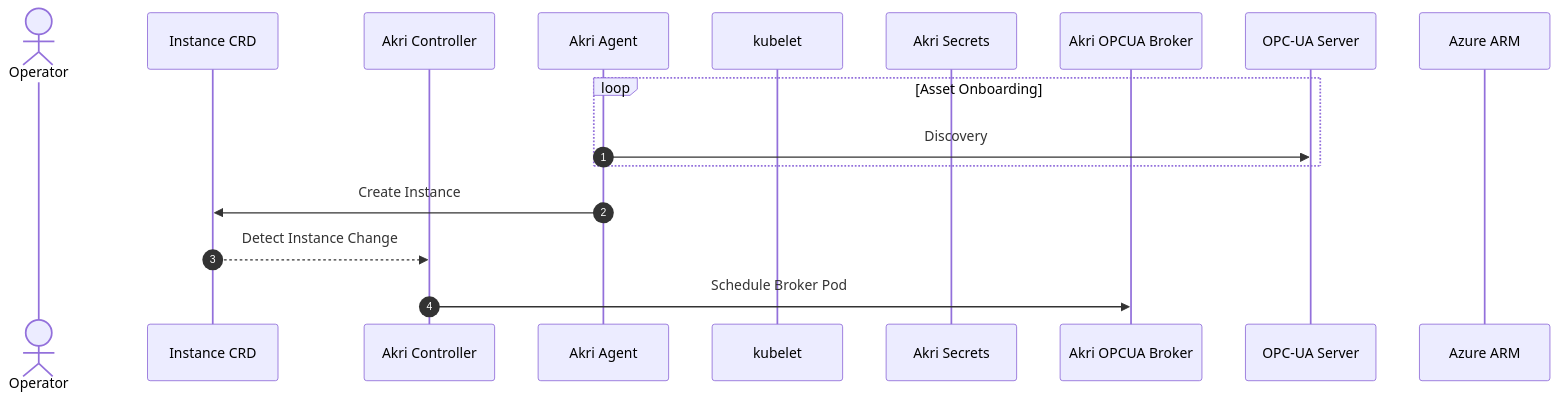
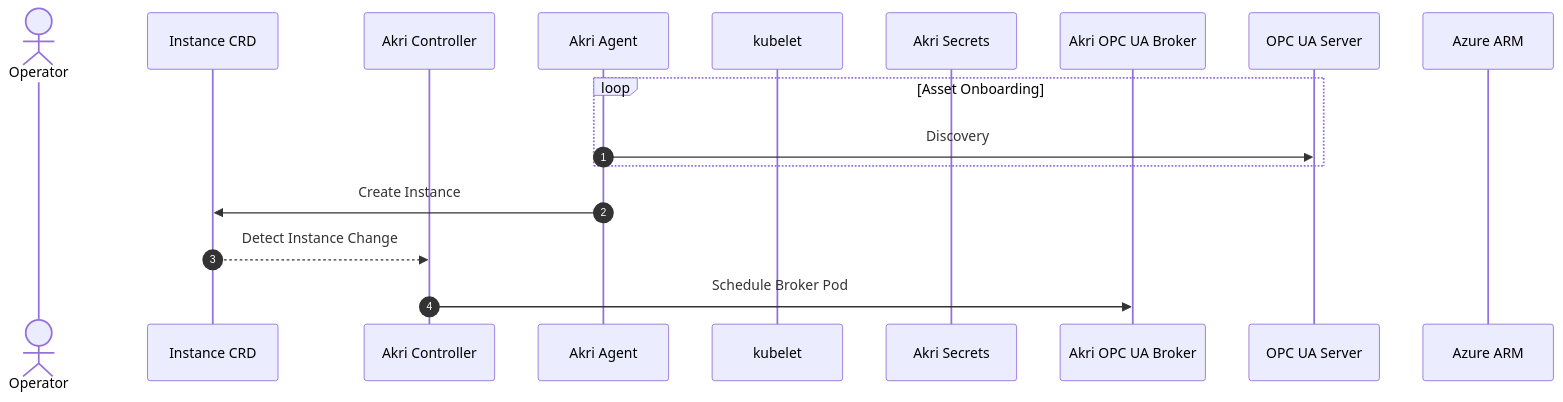
The third of 5 diagrams in samples/akri-opc/readme.md (dfcarpenter/edge-akri-playground), drawn with Mermaid before and after one commit. The commit also changed other lines of this file, not shown here.

````diff
--- a/samples/akri-opc/readme.md
+++ b/samples/akri-opc/readme.md
@@ -63,21 +63,21 @@
 ```mermaid
 sequenceDiagram
     autonumber
     actor Operator
     
     participant Instance CRD
     participant Akri Controller
     participant Akri Agent 
     participant kubelet
     participant Akri Secrets
-    participant Akri OPCUA Broker
-    participant OPC-UA Server
+    participant Akri OPC UA Broker
+    participant OPC UA Server
     participant Azure ARM
     loop Asset Onboarding
-        Akri Agent->>OPC-UA Server: Discovery
+        Akri Agent->>OPC UA Server: Discovery
     end
     Akri Agent->>Instance CRD: Create Instance
     Instance CRD-->>Akri Controller: Detect Instance Change
-    Akri Controller->>Akri OPCUA Broker:Schedule Broker Pod 
+    Akri Controller->>Akri OPC UA Broker:Schedule Broker Pod 
    
 ```
````
